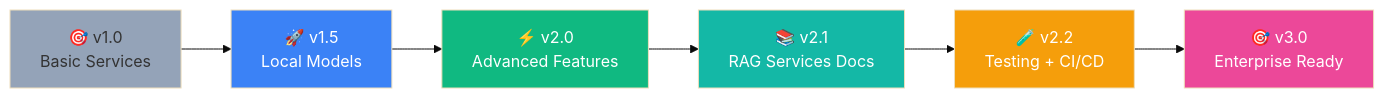
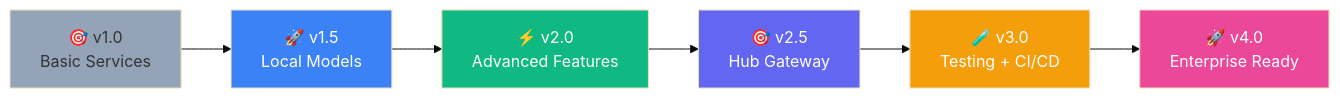
One commit to SkastVnT/AI-Assistant changed diagram 16 of 16 in README.md. Above: the diagram before and after it, drawn with Mermaid (base theme). The commit also changed other lines of this file, not shown here.

First line of the commit message:
docs: update README to reflect 4 core services + Hub Gateway architecture

````diff
--- a/README.md
+++ b/README.md
@@ -2355,15 +1790,15 @@
 ```mermaid
 graph LR
     A[🎯 v1.0<br/>Basic Services] --> B[🚀 v1.5<br/>Local Models]
     B --> C[⚡ v2.0<br/>Advanced Features]
-    C --> D[📚 v2.1<br/>RAG Services Docs]
-    D --> E[🧪 v2.2<br/>Testing + CI/CD]
-    E --> F[🎯 v3.0<br/>Enterprise Ready]
+    C --> D[🎯 v2.5<br/>Hub Gateway]
+    D --> E[🧪 v3.0<br/>Testing + CI/CD]
+    E --> F[🚀 v4.0<br/>Enterprise Ready]
     
     style A fill:#94A3B8
     style B fill:#3B82F6,color:#fff
     style C fill:#10B981,color:#fff
-    style D fill:#14B8A6,color:#fff
+    style D fill:#6366F1,color:#fff
     style E fill:#F59E0B,color:#fff
     style F fill:#EC4899,color:#fff
 ```
````
